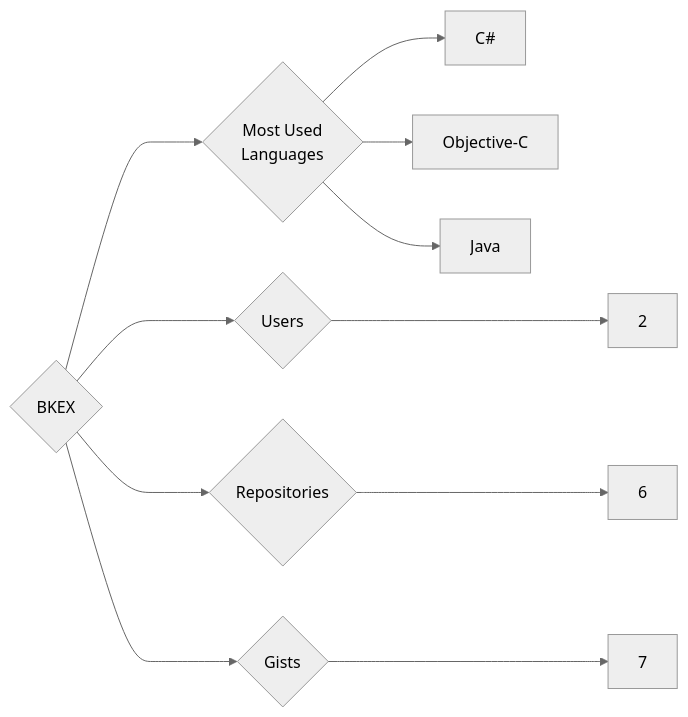
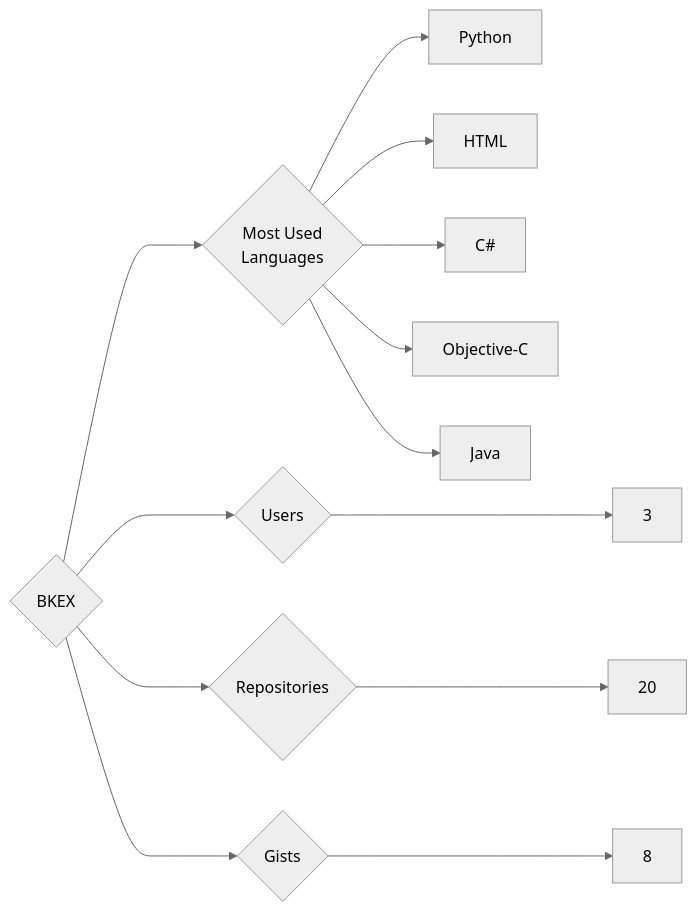
Before and after one commit to trickest/insiders: the diagram in targets/BKEX/README.md, drawn with Mermaid (neutral theme). The commit also changed 934 other files, not shown here.

````diff
--- a/targets/BKEX/README.md
+++ b/targets/BKEX/README.md
@@ -3,11 +3,13 @@
 ```mermaid
 graph LR
 COMPANY_NAME{BKEX}
-COMPANY_NAME ---> U{Users} ---> UN[2]
-COMPANY_NAME ---> R{Repositories} ---> RN[6]
-COMPANY_NAME ---> G{Gists} ---> GN[7]
+COMPANY_NAME ---> U{Users} ---> UN[3]
+COMPANY_NAME ---> R{Repositories} ---> RN[20]
+COMPANY_NAME ---> G{Gists} ---> GN[8]
 COMPANY_NAME ---> ML{Most Used<br>Languages}
+ML --> Python[Python]
+ML --> HTML[HTML]
 ML --> C#[C#]
 ML --> Objective-C[Objective-C]
 ML --> Java[Java]
 ```
````
